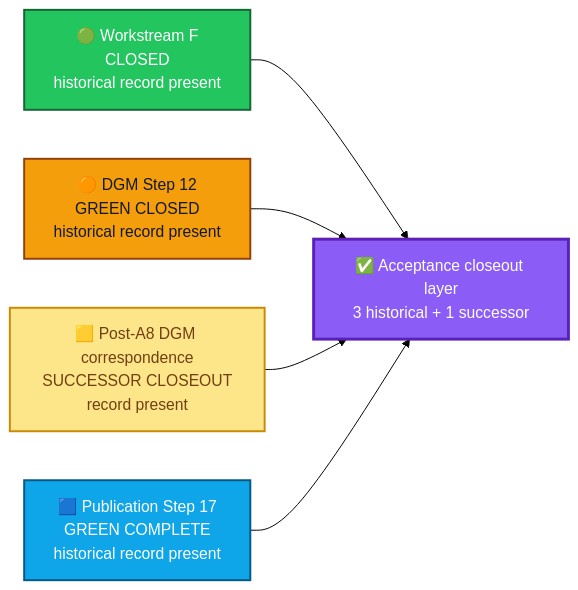
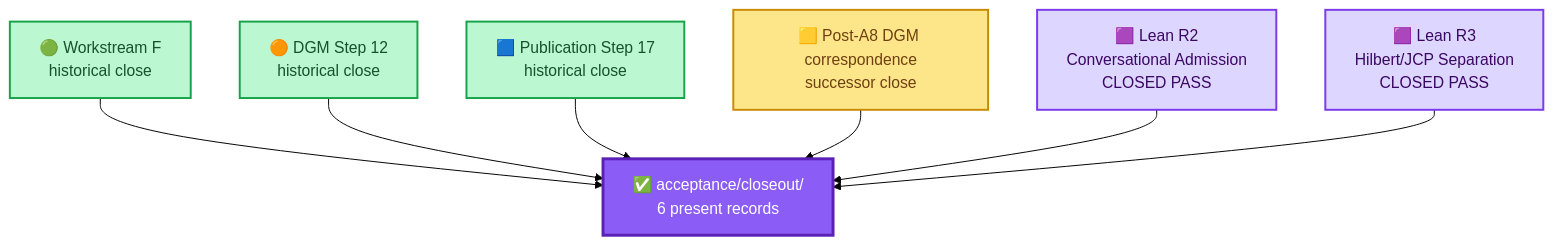
The second of 2 diagrams in acceptance/closeout/README.md (kiddstechnical/ALLIS-Artificial-Learning-and-Location-Intelligence-System), drawn with Mermaid (forest theme) before and after one commit. The commit also changed other lines of this file, not shown here.

````diff
--- a/acceptance/closeout/README.md
+++ b/acceptance/closeout/README.md
@@ -431,19 +500,25 @@
 ```mermaid
-flowchart LR
-    F["🟢 Workstream F<br/>CLOSED<br/>historical record present"]:::f
-    D["🟠 DGM Step 12<br/>GREEN CLOSED<br/>historical record present"]:::d
-    X["🟨 Post-A8 DGM correspondence<br/>SUCCESSOR CLOSEOUT<br/>record present"]:::x
-    P["🟦 Publication Step 17<br/>GREEN COMPLETE<br/>historical record present"]:::p
-    C["✅ Acceptance closeout layer<br/>3 historical + 1 successor"]:::complete
+flowchart TB
+    F["🟢 Workstream F<br/>historical close"]:::hist
+    D["🟠 DGM Step 12<br/>historical close"]:::hist
+    P["🟦 Publication Step 17<br/>historical close"]:::hist
+
+    X["🟨 Post-A8 DGM correspondence<br/>successor close"]:::succ
+
+    R2["🟪 Lean R2<br/>Conversational Admission<br/>CLOSED PASS"]:::lean
+    R3["🟪 Lean R3<br/>Hilbert/JCP Separation<br/>CLOSED PASS"]:::lean
+
+    C["✅ acceptance/closeout/<br/>6 present records"]:::close
 
     F --> C
     D --> C
+    P --> C
     X --> C
-    P --> C
+    R2 --> C
+    R3 --> C
 
-    classDef f fill:#22c55e,stroke:#166534,color:#ffffff,stroke-width:2px;
-    classDef d fill:#f59e0b,stroke:#92400e,color:#111827,stroke-width:2px;
-    classDef x fill:#fde68a,stroke:#ca8a04,color:#713f12,stroke-width:2px;
-    classDef p fill:#0ea5e9,stroke:#075985,color:#ffffff,stroke-width:2px;
-    classDef complete fill:#8b5cf6,stroke:#5b21b6,color:#ffffff,stroke-width:3px;
+    classDef hist fill:#bbf7d0,stroke:#16a34a,color:#14532d,stroke-width:2px;
+    classDef succ fill:#fde68a,stroke:#ca8a04,color:#713f12,stroke-width:2px;
+    classDef lean fill:#ddd6fe,stroke:#7c3aed,color:#3b0764,stroke-width:2px;
+    classDef close fill:#8b5cf6,stroke:#5b21b6,color:#ffffff,stroke-width:3px;
 ```
````
